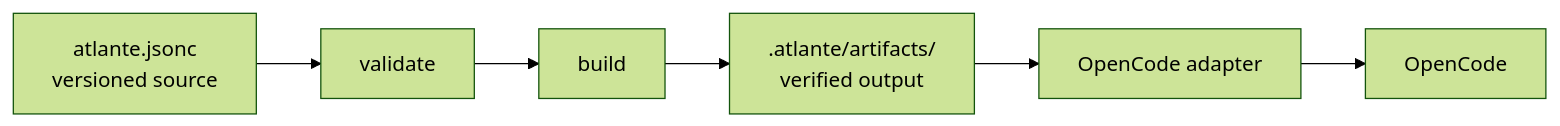
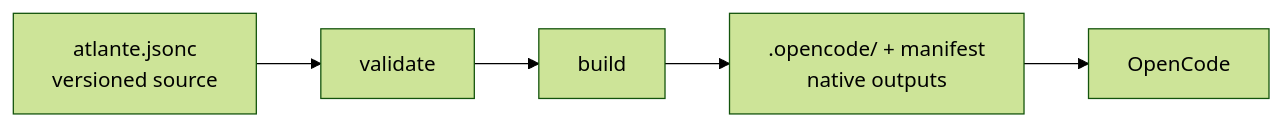
Before and after one commit to atlante/atlante: the diagram in README.md, drawn with Mermaid (forest theme). The commit also changed other lines of this file and 88 other files, not shown here.

First line of the commit message:
refactor!: materialize Atlante outputs in host-native folders (#128)

````diff
--- a/README.md
+++ b/README.md
@@ -26,8 +26,7 @@
 ```mermaid
 flowchart LR
   source["atlante.jsonc<br/>versioned source"] --> validate["validate"]
   validate --> build["build"]
-  build --> artifacts[".atlante/artifacts/<br/>verified output"]
-  artifacts --> adapter["OpenCode adapter"]
-  adapter --> host["OpenCode"]
+  build --> native[".opencode/ + manifest<br/>native outputs"]
+  native --> host["OpenCode"]
 ```
````
